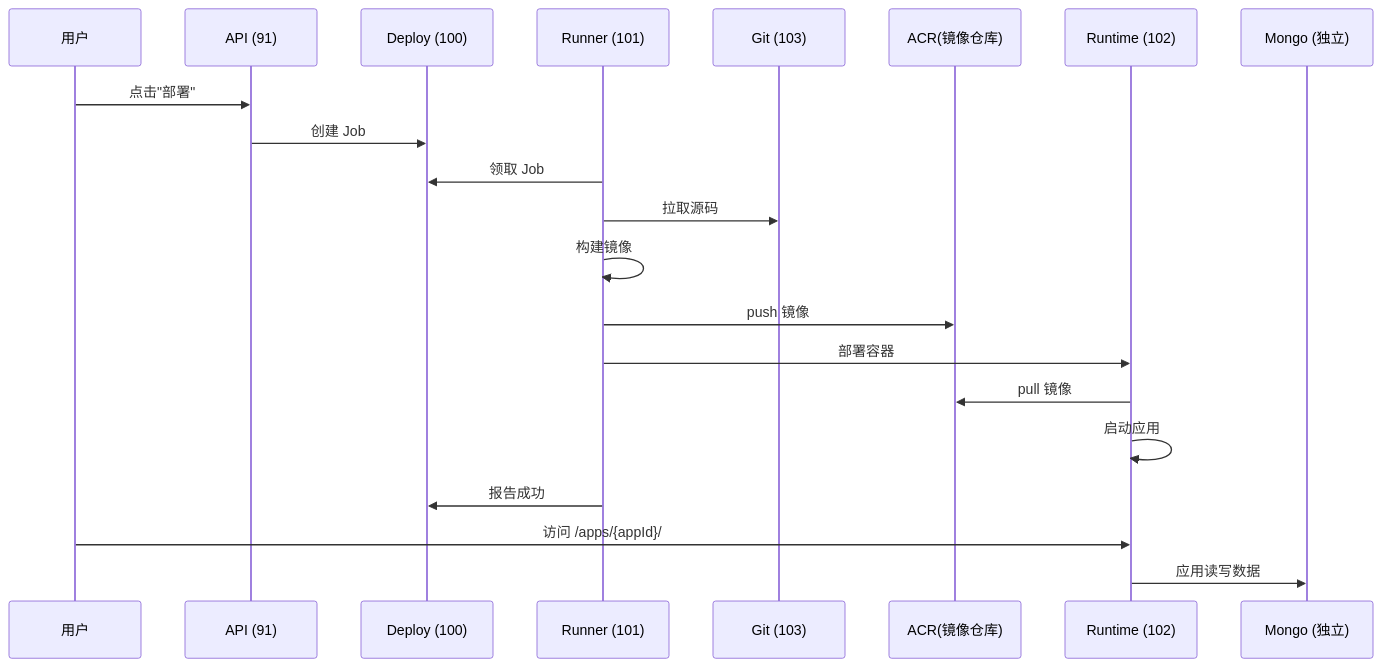
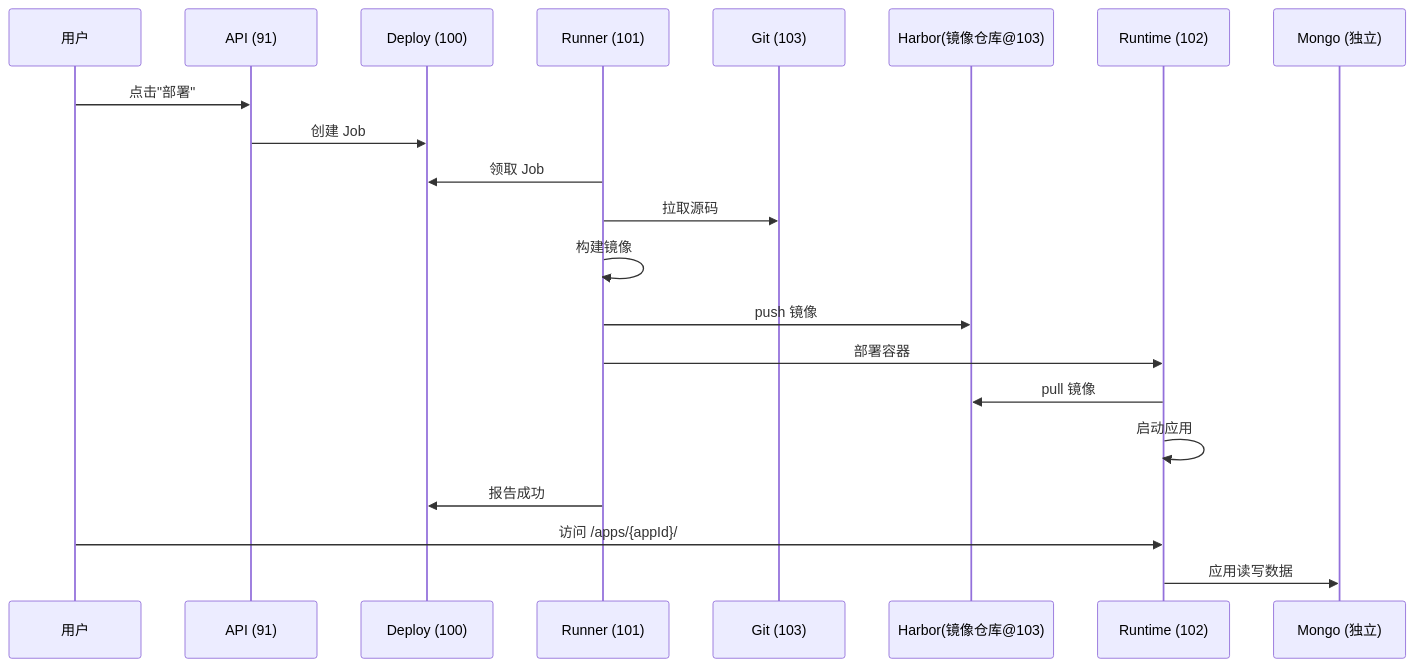
Before and after one commit to ruiAndroid/fun-ai-studio-api: the third of 4 diagrams in src/main/resources/doc/domains/architecture/README.md, drawn with Mermaid. The commit also changed other lines of this file and 16 other files, not shown here.

````diff
--- a/src/main/resources/doc/domains/architecture/README.md
+++ b/src/main/resources/doc/domains/architecture/README.md
@@ -149,26 +146,26 @@
 ```mermaid
 sequenceDiagram
     participant U as 用户
     participant API as API (91)
     participant D as Deploy (100)
     participant R as Runner (101)
     participant Git as Git (103)
-    participant ACR as ACR(镜像仓库)
+    participant Harbor as Harbor(镜像仓库@103)
     participant RT as Runtime (102)
     participant M as Mongo (独立)
 
     U->>API: 点击"部署"
     API->>D: 创建 Job
 
     R->>D: 领取 Job
     R->>Git: 拉取源码
     R->>R: 构建镜像
-    R->>ACR: push 镜像
+    R->>Harbor: push 镜像
     R->>RT: 部署容器
-    RT->>ACR: pull 镜像
+    RT->>Harbor: pull 镜像
     RT->>RT: 启动应用
     R->>D: 报告成功
 
     U->>RT: 访问 /apps/{appId}/
     RT->>M: 应用读写数据
 ```
````
